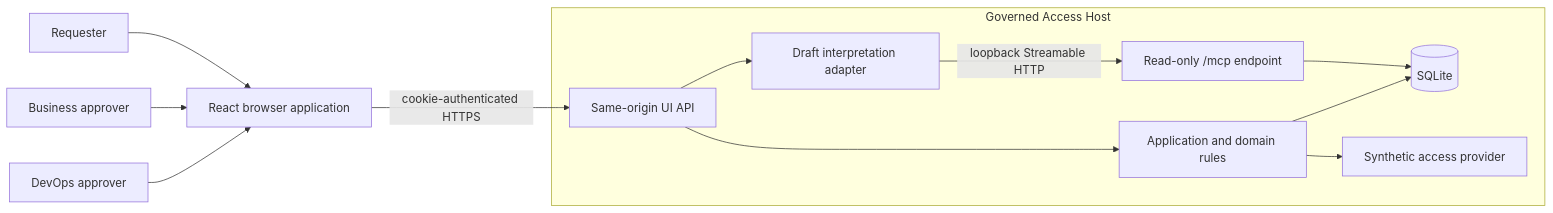
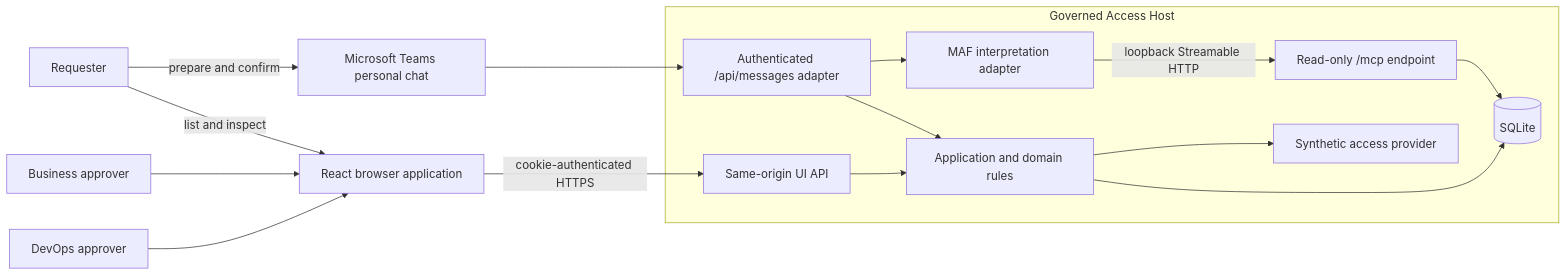
The first of 4 diagrams in docs/architecture.md (mariusz-kacz/production-access-request-assistant), drawn with Mermaid before and after one commit. The commit also changed other lines of this file and 45 other files, not shown here.

````diff
--- a/docs/architecture.md
+++ b/docs/architecture.md
@@ -48,27 +48,32 @@
 ```mermaid
 flowchart LR
     Requester[Requester]
     Business[Business approver]
     DevOps[DevOps approver]
+    Teams[Microsoft Teams personal chat]
     Browser[React browser application]
 
     subgraph Host[Governed Access Host]
+        Agent[Authenticated /api/messages adapter]
         API[Same-origin UI API]
-        AI[Draft interpretation adapter]
+        AI[MAF interpretation adapter]
         MCP[Read-only /mcp endpoint]
         App[Application and domain rules]
         Provider[Synthetic access provider]
         DB[(SQLite)]
     end
 
-    Requester --> Browser
+    Requester -->|prepare and confirm| Teams
+    Requester -->|list and inspect| Browser
     Business --> Browser
     DevOps --> Browser
+    Teams --> Agent
     Browser -->|cookie-authenticated HTTPS| API
-    API --> AI
+    Agent --> AI
+    Agent --> App
     API --> App
     AI -->|loopback Streamable HTTP| MCP
     MCP --> DB
     App --> DB
     App --> Provider
 ```
````
